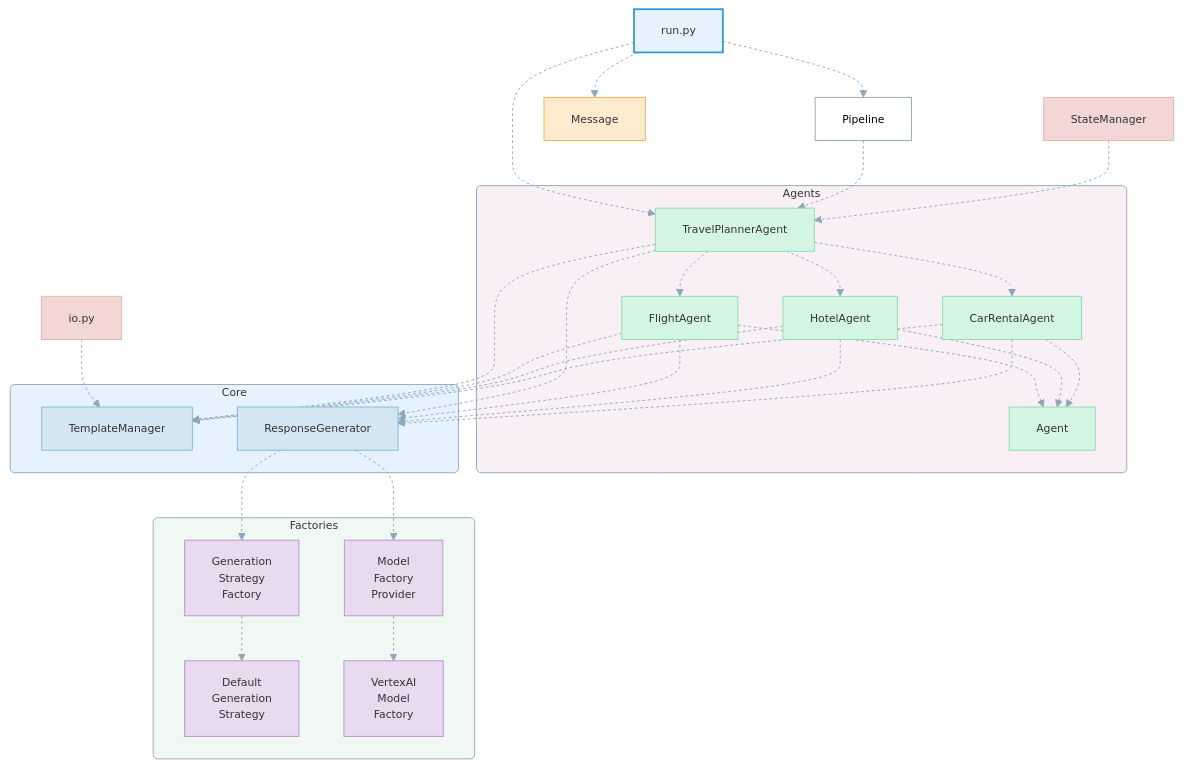
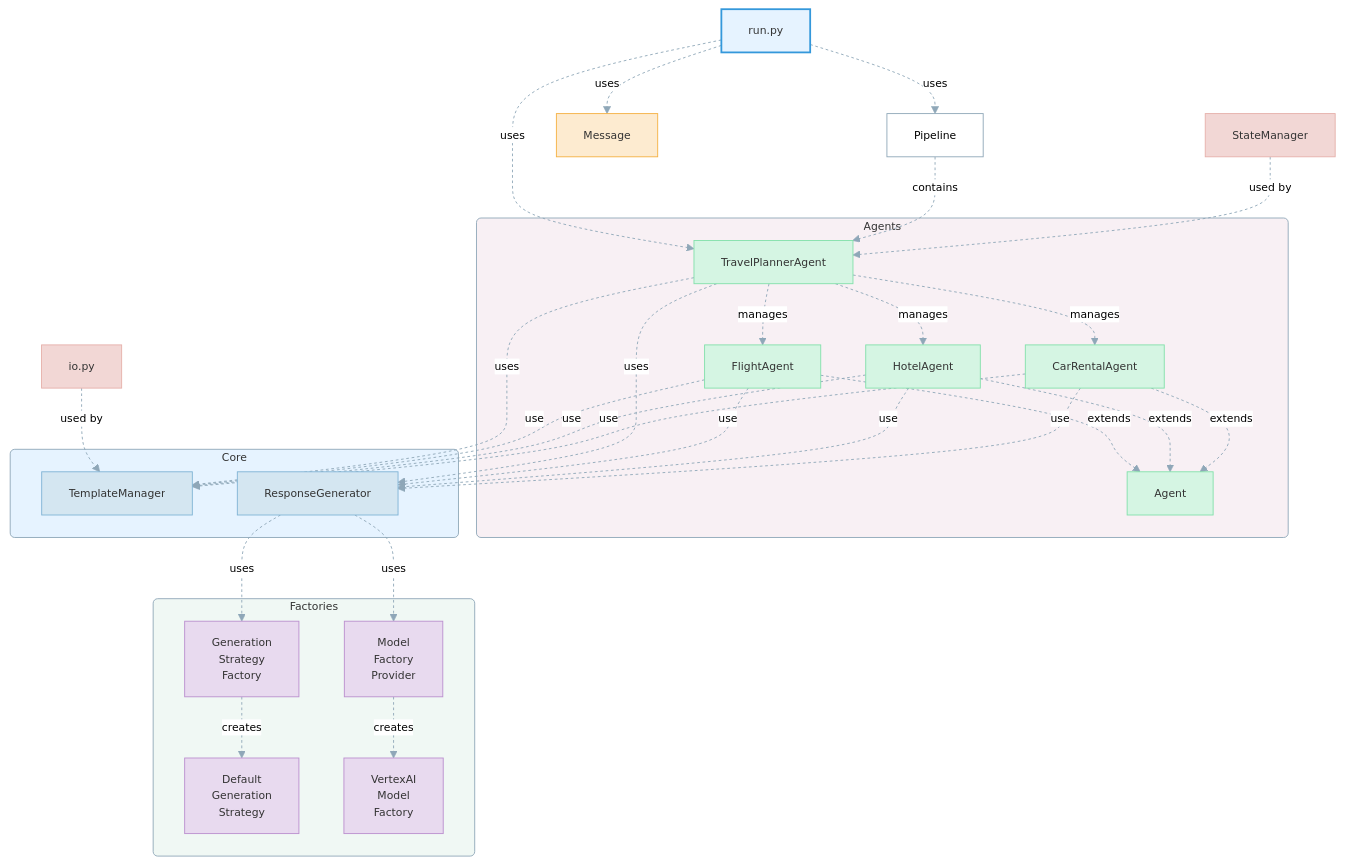
The diagram in img/patterns/coordinator_delegate.mmd (achimdehnert/Agentic-Workflow-Patterns), drawn with Mermaid before and after one commit. The commit also changed 5 other files, not shown here.

```diff
--- a/img/patterns/coordinator_delegate.mmd
+++ b/img/patterns/coordinator_delegate.mmd
@@ -1,77 +1,77 @@
 %%{init: {
   'theme': 'neutral',
   'themeVariables': {
     'primaryColor': '#f0f4f8',
     'primaryTextColor': '#333',
     'primaryBorderColor': '#8fa7b8',
     'lineColor': '#8fa7b8',
     'secondaryColor': '#f8f0f4',
     'tertiaryColor': '#f4f8f0',
     'fontFamily': 'Trebuchet MS, Arial, sans-serif',
     'fontSize': '12px'
   }
 }}%%
 
 graph TD
     classDef default fill:#fff,stroke:#8fa7b8,stroke-width:1px;
     classDef entrypoint fill:#e6f3ff,color:#333,stroke:#3498db,stroke-width:2px;
     classDef config fill:#f9efd4,color:#333,stroke:#d4b26a;
     classDef core fill:#d4e6f1,color:#333,stroke:#7fb3d5;
     classDef agent fill:#d5f5e3,color:#333,stroke:#82e0aa;
     classDef message fill:#fdebd0,color:#333,stroke:#f5b041;
     classDef factory fill:#e8daef,color:#333,stroke:#bb8fce;
     classDef strategy fill:#d6eaf8,color:#333,stroke:#85c1e9;
     classDef util fill:#f2d7d5,color:#333,stroke:#e6b0aa;
 
-    A[run.py] --> B[Pipeline]
-    A --> C[TravelPlannerAgent]
-    A --> D[Message]
+    A[run.py] -->|uses| B[Pipeline]
+    A -->|uses| C[TravelPlannerAgent]
+    A -->|uses| D[Message]
     
     subgraph Agents["Agents"]
-        C --> E[FlightAgent]
-        C --> F[HotelAgent]
-        C --> G[CarRentalAgent]
+        C -->|manages| E[FlightAgent]
+        C -->|manages| F[HotelAgent]
+        C -->|manages| G[CarRentalAgent]
         J[Agent]
     end
     
-    E & F & G -.-> J
+    E & F & G -.->|extends| J
     
-    B --> C
+    B -->|contains| C
     
     subgraph Core["Core"]
         H[TemplateManager]
         I[ResponseGenerator]
     end
     
-    C --> H
-    C --> I
-    E & F & G --> H
-    E & F & G --> I
+    C -->|uses| H
+    C -->|uses| I
+    E & F & G -->|use| H
+    E & F & G -->|use| I
     
     subgraph Factories["Factories"]
         K[Generation<br>Strategy<br>Factory]
         L[Model<br>Factory<br>Provider]
         M[Default<br>Generation<br>Strategy]
         N[VertexAI<br>Model<br>Factory]
     end
     
-    I --> K
-    I --> L
-    K -.-> M
-    L -.-> N
+    I -->|uses| K
+    I -->|uses| L
+    K -.->|creates| M
+    L -.->|creates| N
     
-    O[StateManager] -.-> C
-    P[io.py] -.-> H
+    O[StateManager] -.->|used by| C
+    P[io.py] -.->|used by| H
 
     class A entrypoint;
     class H,I core;
     class C,E,F,G,J agent;
     class D message;
     class K,L,M,N factory;
     class O,P util;
 
     linkStyle default stroke:#8fa7b8,stroke-width:1px,stroke-dasharray: 3 3;
 
     style Agents fill:#f8f0f4,stroke:#8fa7b8,stroke-width:1px,rx:5,ry:5;
     style Core fill:#e6f3ff,stroke:#8fa7b8,stroke-width:1px,rx:5,ry:5;
     style Factories fill:#f0f8f4,stroke:#8fa7b8,stroke-width:1px,rx:5,ry:5;
```
